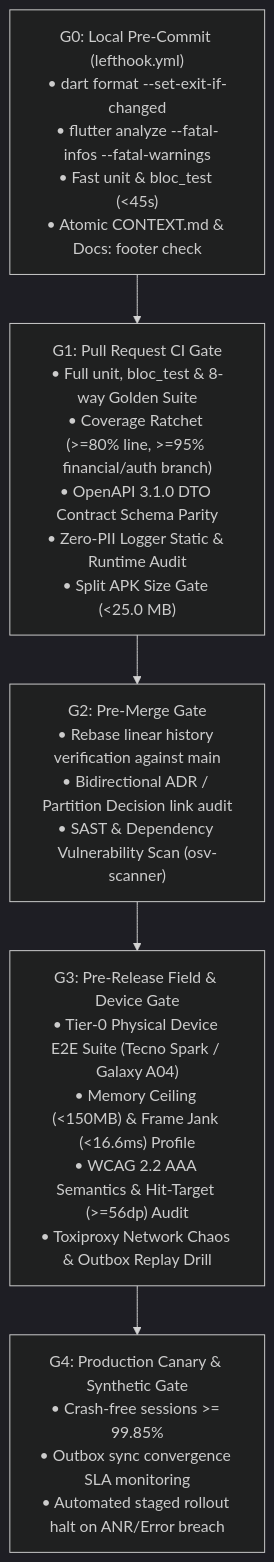
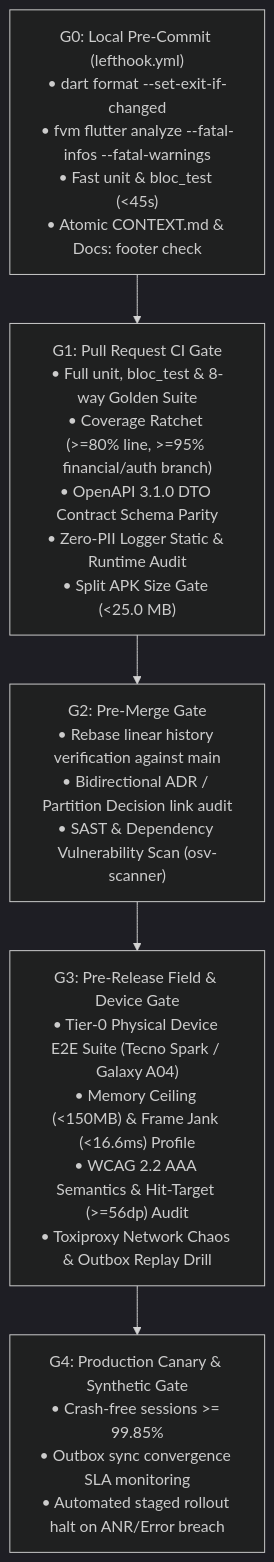
The diagram in docs/mobile/quality/01-mobile-qa-test-matrix.md (YDink/Heavy-Machinery-Logistics-Rental), drawn with Mermaid (dark theme) before and after one commit. The commit also changed other lines of this file and 183 other files, not shown here.

First line of the commit message:
[CHORE-STACK] chore(toolchain): update flutter to 3.47.9, enforce fvm, and switch to pnpm

````diff
--- a/docs/mobile/quality/01-mobile-qa-test-matrix.md
+++ b/docs/mobile/quality/01-mobile-qa-test-matrix.md
@@ -84,10 +84,10 @@
 ```mermaid
 flowchart TD
-    G0["G0: Local Pre-Commit (lefthook.yml)<br/>• dart format --set-exit-if-changed<br/>• flutter analyze --fatal-infos --fatal-warnings<br/>• Fast unit & bloc_test (<45s)<br/>• Atomic CONTEXT.md & Docs: footer check"]
+    G0["G0: Local Pre-Commit (lefthook.yml)<br/>• dart format --set-exit-if-changed<br/>• fvm flutter analyze --fatal-infos --fatal-warnings<br/>• Fast unit & bloc_test (<45s)<br/>• Atomic CONTEXT.md & Docs: footer check"]
     G1["G1: Pull Request CI Gate<br/>• Full unit, bloc_test & 8-way Golden Suite<br/>• Coverage Ratchet (>=80% line, >=95% financial/auth branch)<br/>• OpenAPI 3.1.0 DTO Contract Schema Parity<br/>• Zero-PII Logger Static & Runtime Audit<br/>• Split APK Size Gate (<25.0 MB)"]
     G2["G2: Pre-Merge Gate<br/>• Rebase linear history verification against main<br/>• Bidirectional ADR / Partition Decision link audit<br/>• SAST & Dependency Vulnerability Scan (osv-scanner)"]
     G3["G3: Pre-Release Field & Device Gate<br/>• Tier-0 Physical Device E2E Suite (Tecno Spark / Galaxy A04)<br/>• Memory Ceiling (<150MB) & Frame Jank (<16.6ms) Profile<br/>• WCAG 2.2 AAA Semantics & Hit-Target (>=56dp) Audit<br/>• Toxiproxy Network Chaos & Outbox Replay Drill"]
     G4["G4: Production Canary & Synthetic Gate<br/>• Crash-free sessions >= 99.85%<br/>• Outbox sync convergence SLA monitoring<br/>• Automated staged rollout halt on ANR/Error breach"]
 
     G0 --> G1 --> G2 --> G3 --> G4
 ```
````
